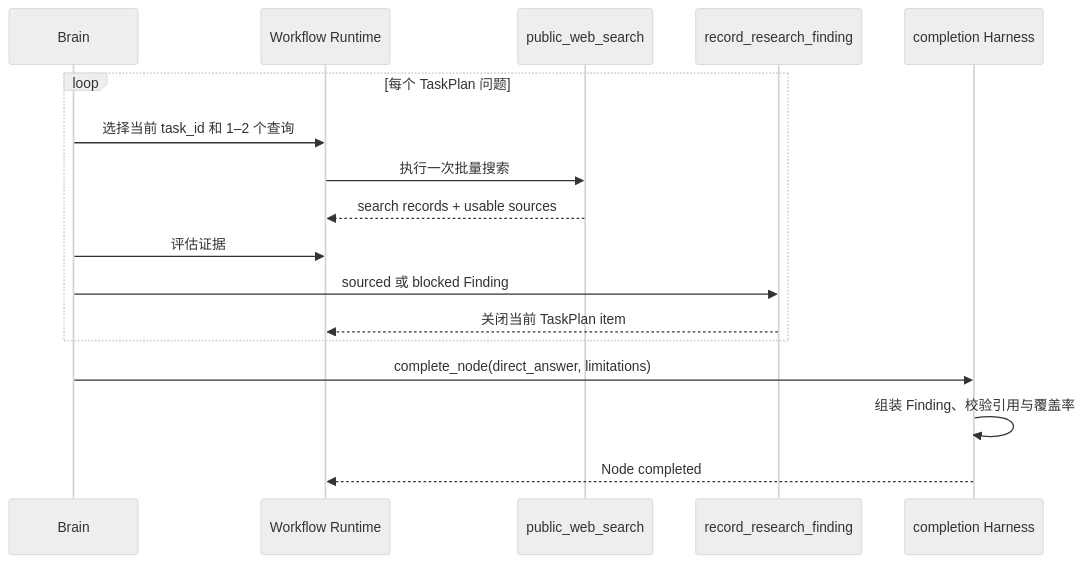
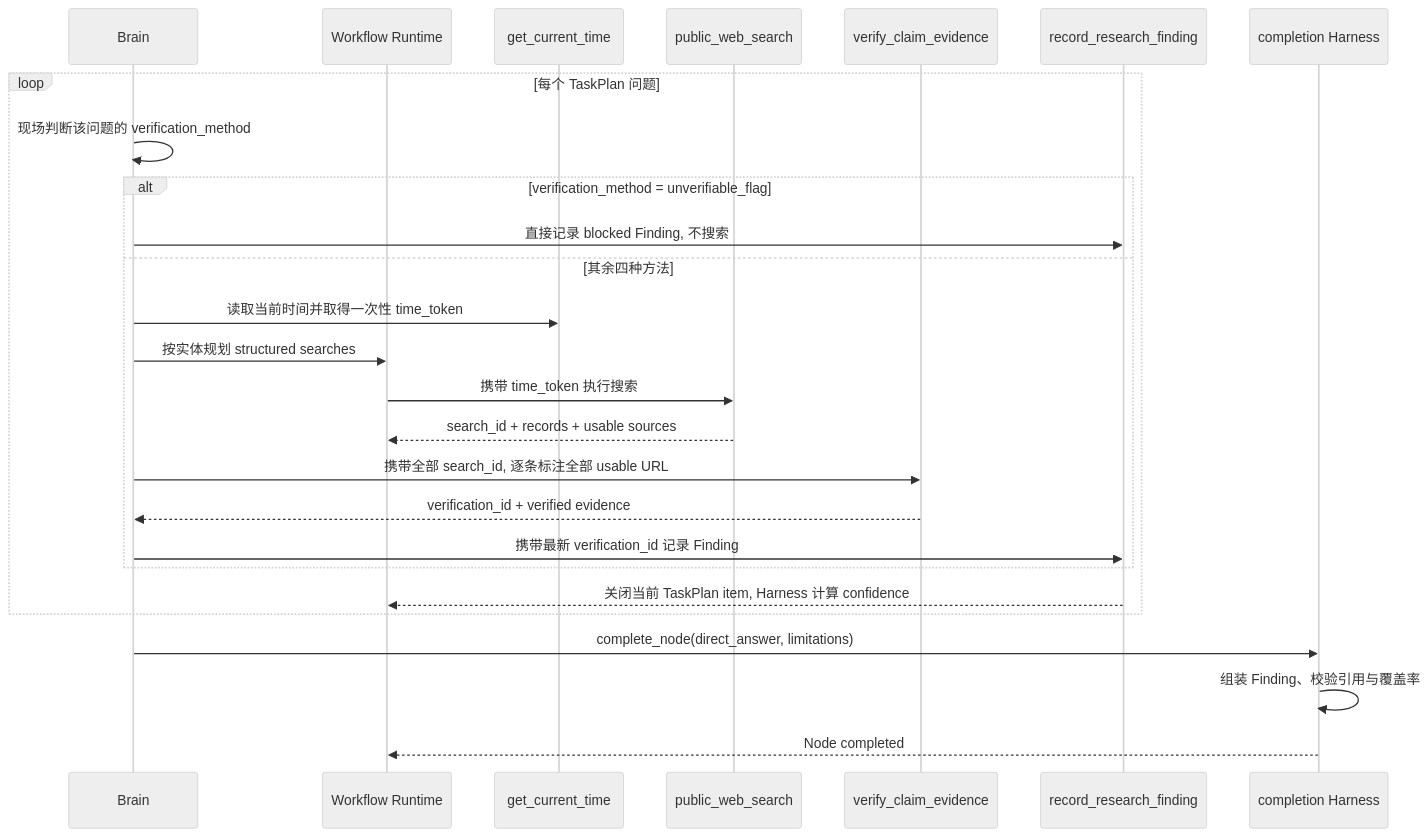
Before and after one commit to GaussRieman/modi-harness: the third of 3 diagrams in docs/architecture/research-assistant.md, drawn with Mermaid (neutral theme). The commit also changed other lines of this file and 25 other files, not shown here.

Commit message:
feat: harden research query and evidence flow

````diff
--- a/docs/architecture/research-assistant.md
+++ b/docs/architecture/research-assistant.md
@@ -178,21 +188,30 @@
 ```mermaid
 sequenceDiagram
     participant B as Brain
     participant R as Workflow Runtime
+    participant T as get_current_time
     participant S as public_web_search
+    participant V as verify_claim_evidence
     participant F as record_research_finding
     participant H as completion Harness
 
     loop 每个 TaskPlan 问题
-        B->>R: 选择当前 task_id 和 1–2 个查询
-        R->>S: 执行一次批量搜索
-        S-->>R: search records + usable sources
-        B->>R: 评估证据
-        B->>F: sourced 或 blocked Finding
-        F-->>R: 关闭当前 TaskPlan item
+        B->>B: 现场判断该问题的 verification_method
+        alt verification_method = unverifiable_flag
+            B->>F: 直接记录 blocked Finding, 不搜索
+        else 其余四种方法
+            B->>T: 读取当前时间并取得一次性 time_token
+            B->>R: 按实体规划 structured searches
+            R->>S: 携带 time_token 执行搜索
+            S-->>R: search_id + records + usable sources
+            B->>V: 携带全部 search_id, 逐条标注全部 usable URL
+            V-->>B: verification_id + verified evidence
+            B->>F: 携带最新 verification_id 记录 Finding
+        end
+        F-->>R: 关闭当前 TaskPlan item, Harness 计算 confidence
     end
 
     B->>H: complete_node(direct_answer, limitations)
     H->>H: 组装 Finding、校验引用与覆盖率
     H-->>R: Node completed
 ```
````
